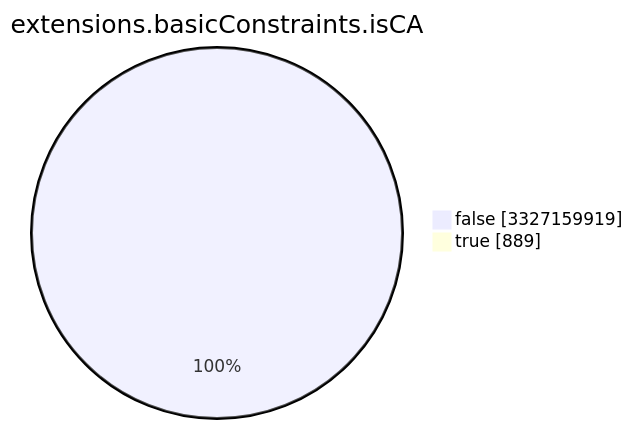
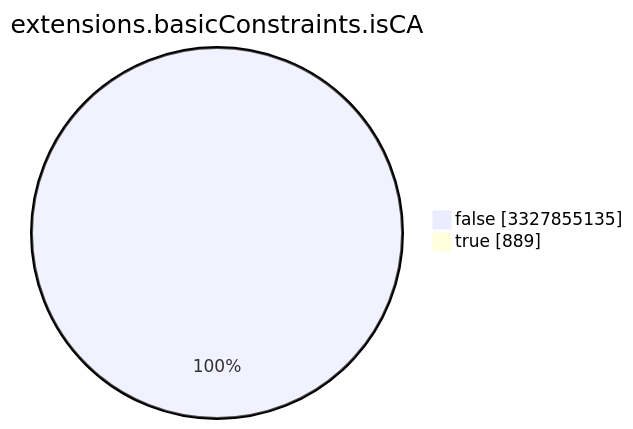
One commit to christiankrug/ctmonitor_visualization changed the seventh of 15 diagrams in TOTAL/README.md. Above: the diagram before and after it, drawn with Mermaid. The commit also changed other lines of this file, not shown here.

````diff
--- a/TOTAL/README.md
+++ b/TOTAL/README.md
@@ -3089,6 +3089,6 @@
 ```mermaid
 pie showData
 title extensions.basicConstraints.isCA
-"false" :3327159919
+"false" :3327855135
 "true" :889
 ```
````
